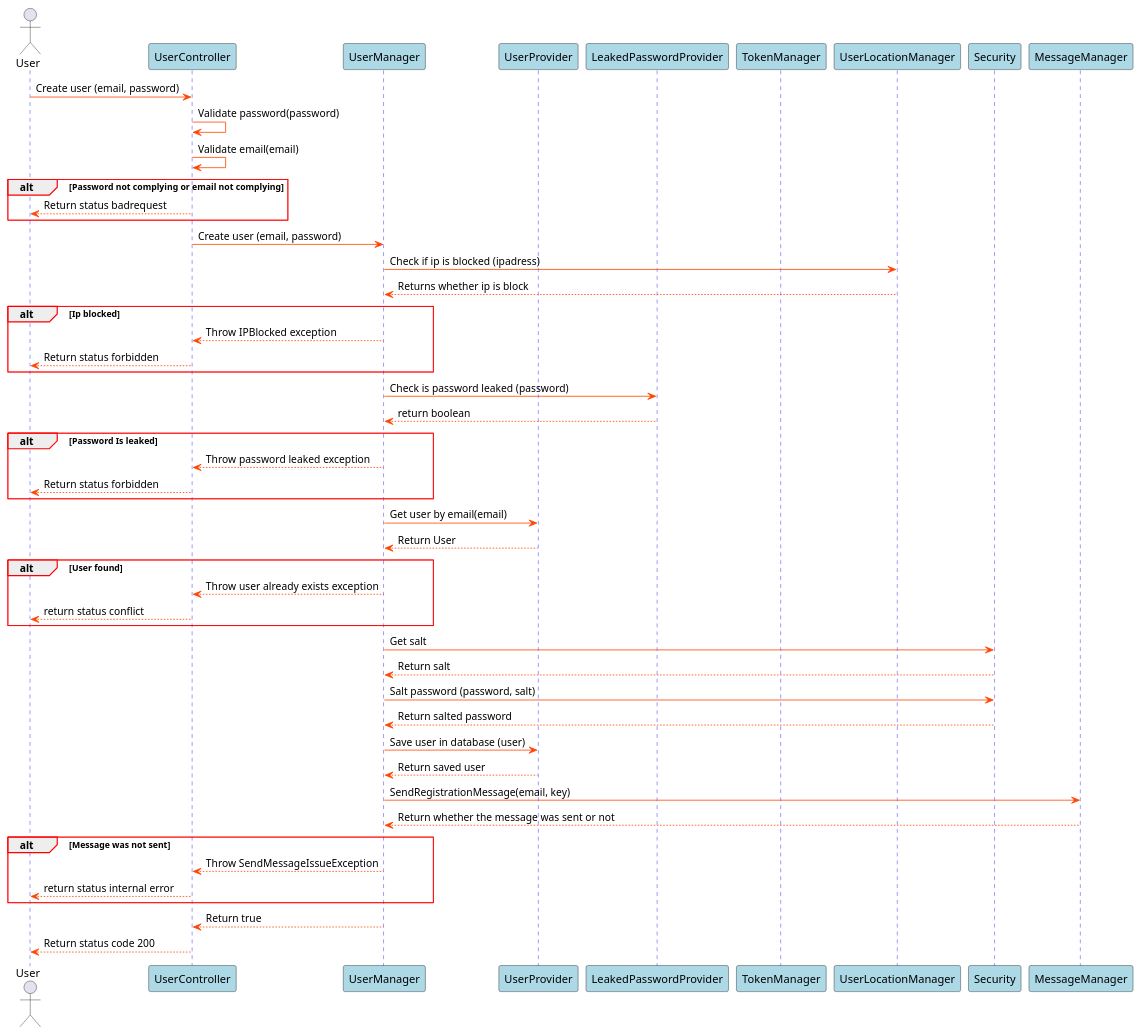
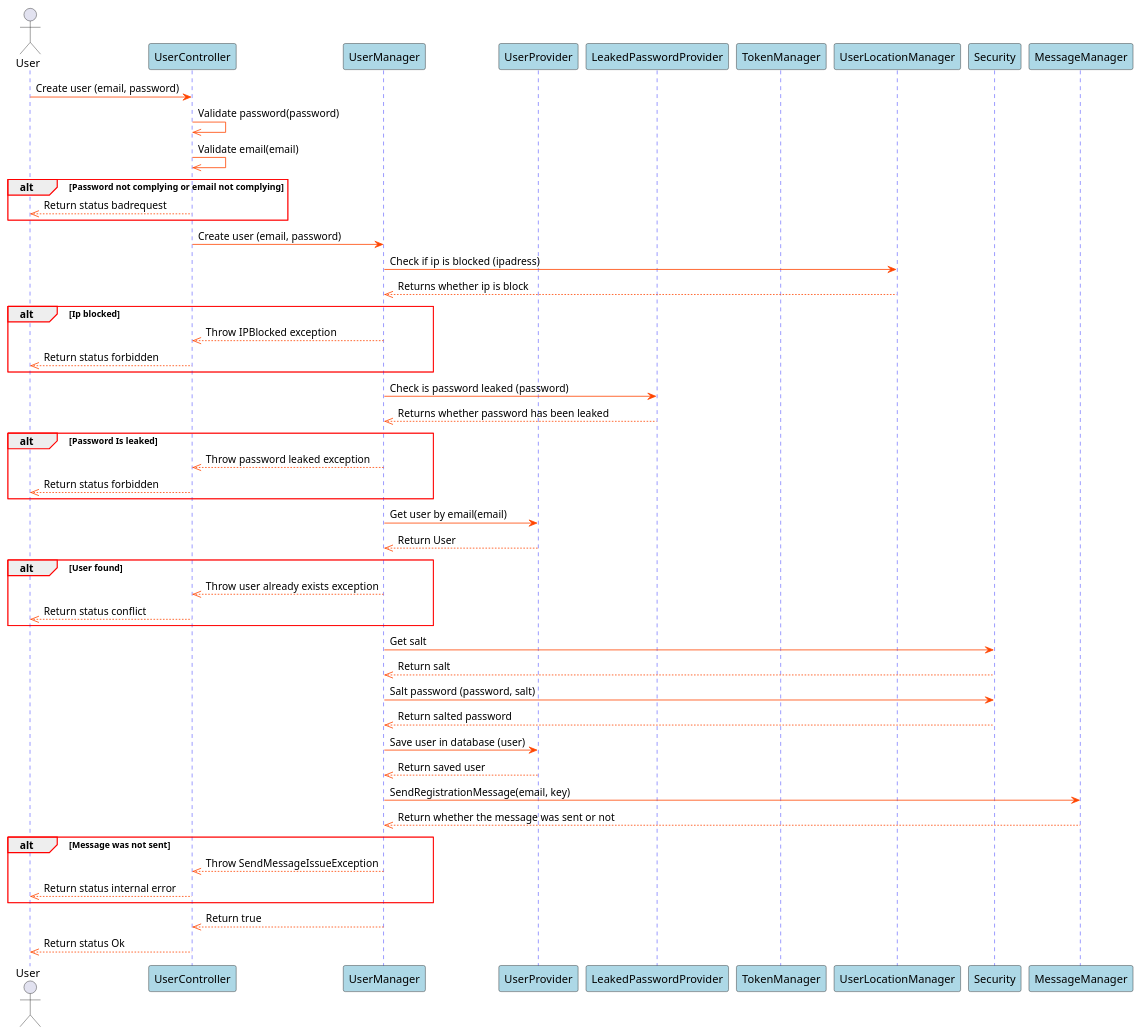
The diagram in Docs/SDDiagrams/CreateUserSD.plantuml (blackout1471/trust-us-school), drawn with PlantUML before and after one commit. The commit also changed 20 other files, not shown here.

First line of the commit message:
Updated sd and flowcharts (#27)

```diff
--- a/Docs/SDDiagrams/CreateUserSD.plantuml
+++ b/Docs/SDDiagrams/CreateUserSD.plantuml
@@ -1,82 +1,83 @@
 @startuml Create User SD
 
 skinparam sequence {
     GroupBorderColor red
     GroupBorderThickness 1
 
     ArrowColor orangered
 
     LifeLineBorderColor blue
 
     ParticipantBackgroundColor lightblue
 }
 
 actor User
 participant UserController
 participant UserManager
 participant UserProvider
 participant LeakedPasswordProvider
 participant TokenManager
 participant UserLocationManager
 participant Security
 participant MessageManager
 
 
 
 User->UserController: Create user (email, password)
-UserController->UserController: Validate password(password)
-UserController->UserController: Validate email(email)
+UserController->>UserController: Validate password(password)
+UserController->>UserController: Validate email(email)
 
 alt Password not complying or email not complying
-UserController-->User: Return status badrequest
+UserController-->>User: Return status badrequest
 end
 
 UserController->UserManager: Create user (email, password)
 UserManager->UserLocationManager: Check if ip is blocked (ipadress)
-UserLocationManager-->UserManager: Returns whether ip is block
+UserLocationManager-->>UserManager: Returns whether ip is block
 
 alt Ip blocked
-UserManager-->UserController: Throw IPBlocked exception
-UserController-->User: Return status forbidden
+UserManager-->>UserController: Throw IPBlocked exception
+UserController-->>User: Return status forbidden
 end
 
 
 UserManager->LeakedPasswordProvider: Check is password leaked (password)
-LeakedPasswordProvider-->UserManager: return boolean
+LeakedPasswordProvider-->>UserManager: Returns whether password has been leaked
 
 alt Password Is leaked
-UserManager-->UserController: Throw password leaked exception
-UserController-->User: Return status forbidden
+UserManager-->>UserController: Throw password leaked exception
+UserController-->>User: Return status forbidden
 end
 
 UserManager->UserProvider: Get user by email(email)
-UserProvider-->UserManager: Return User
+UserProvider-->>UserManager: Return User
 
 alt User found
 
-UserManager-->UserController: Throw user already exists exception
-UserController-->User: return status conflict
+UserManager-->>UserController: Throw user already exists exception
+UserController-->>User: Return status conflict
 
 end
 
 
 UserManager->Security: Get salt
-Security-->UserManager: Return salt
+Security-->>UserManager: Return salt
 
 UserManager->Security: Salt password (password, salt)
-Security-->UserManager: Return salted password
+Security-->>UserManager: Return salted password
 
 UserManager->UserProvider: Save user in database (user)
-UserProvider-->UserManager: Return saved user
+UserProvider-->>UserManager: Return saved user
 
 UserManager->MessageManager: SendRegistrationMessage(email, key)
-MessageManager-->UserManager: Return whether the message was sent or not
+MessageManager-->>UserManager: Return whether the message was sent or not
+
 alt Message was not sent
-UserManager --> UserController: Throw SendMessageIssueException
-UserController --> User: return status internal error
+UserManager -->> UserController: Throw SendMessageIssueException
+UserController -->> User: Return status internal error
+end
 
-end
-UserManager-->UserController: Return true
-UserController-->User: Return status code 200
+UserManager-->>UserController: Return true
+UserController-->>User: Return status Ok
 
 @enduml
```
